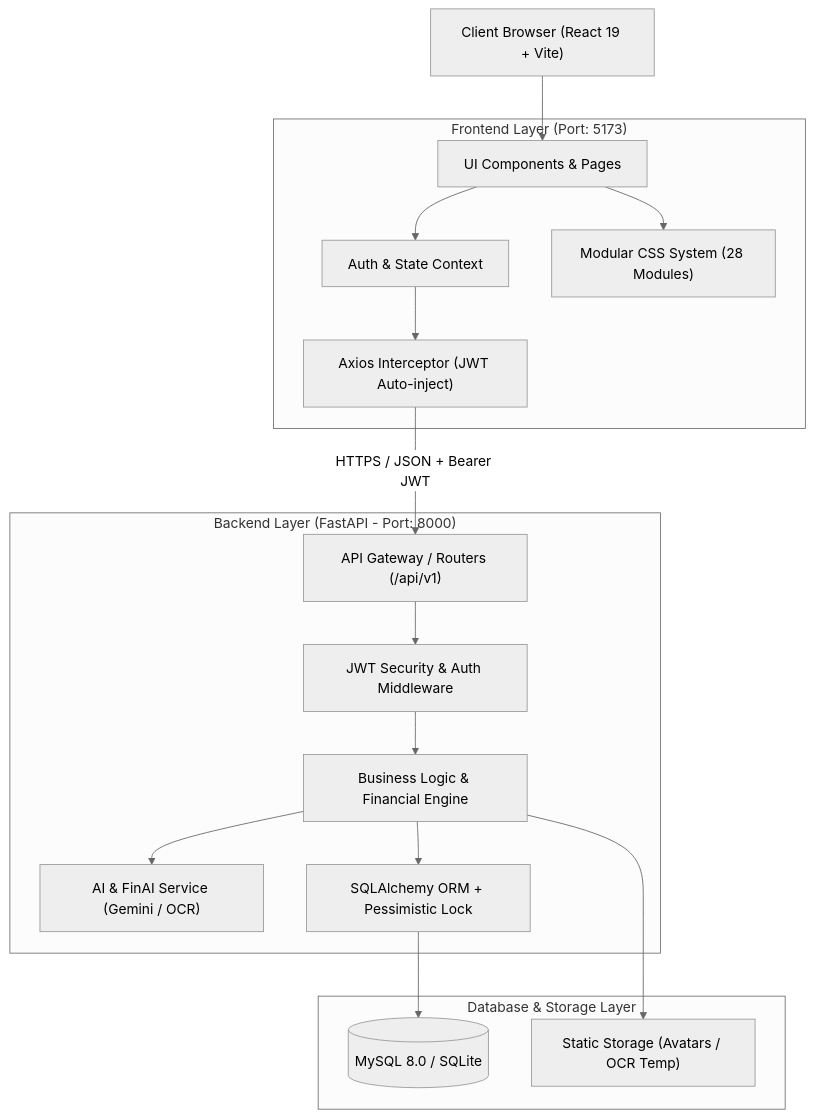
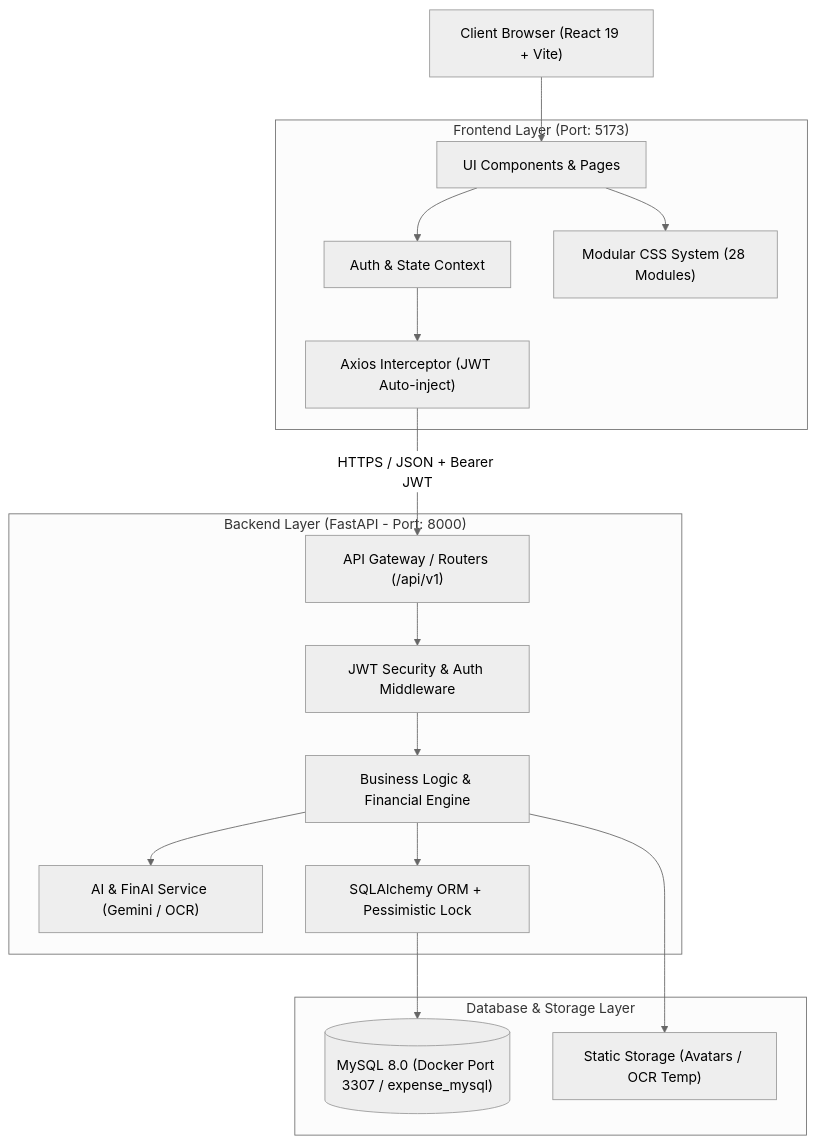
Before and after one commit to Hoanglight2006/personal-expense-ai: the first of 3 diagrams in docs/SYSTEM_ARCHITECTURE.md, drawn with Mermaid (neutral theme). The commit also changed other lines of this file and 66 other files, not shown here.

````diff
--- a/docs/SYSTEM_ARCHITECTURE.md
+++ b/docs/SYSTEM_ARCHITECTURE.md
@@ -11,36 +11,36 @@
 ```mermaid
 graph TD
     Client["Client Browser (React 19 + Vite)"]
     
     subgraph Frontend["Frontend Layer (Port: 5173)"]
         UI["UI Components & Pages"]
         Context["Auth & State Context"]
         Styles["Modular CSS System (28 Modules)"]
         AxiosClient["Axios Interceptor (JWT Auto-inject)"]
     end
     
     subgraph Backend["Backend Layer (FastAPI - Port: 8000)"]
         Router["API Gateway / Routers (/api/v1)"]
         AuthGuard["JWT Security & Auth Middleware"]
         Services["Business Logic & Financial Engine"]
         AIService["AI & FinAI Service (Gemini / OCR)"]
         ORM["SQLAlchemy ORM + Pessimistic Lock"]
     end
     
     subgraph Database["Database & Storage Layer"]
-        MySQL[("MySQL 8.0 / SQLite")]
+        MySQL[("MySQL 8.0 (Docker Port 3307 / expense_mysql)")]
         StaticStorage["Static Storage (Avatars / OCR Temp)"]
     end
 
     Client --> UI
     UI --> Context
     UI --> Styles
     Context --> AxiosClient
     AxiosClient -- "HTTPS / JSON + Bearer JWT" --> Router
     Router --> AuthGuard
     AuthGuard --> Services
     Services --> AIService
     Services --> ORM
     ORM --> MySQL
     Services --> StaticStorage
 ```
````
